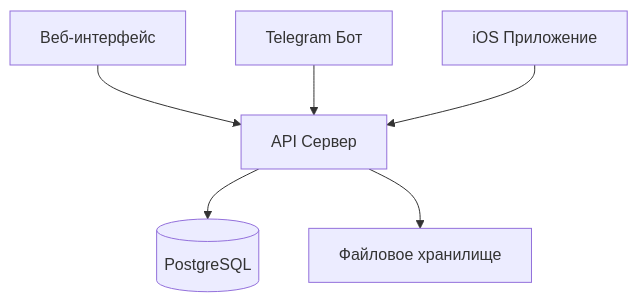
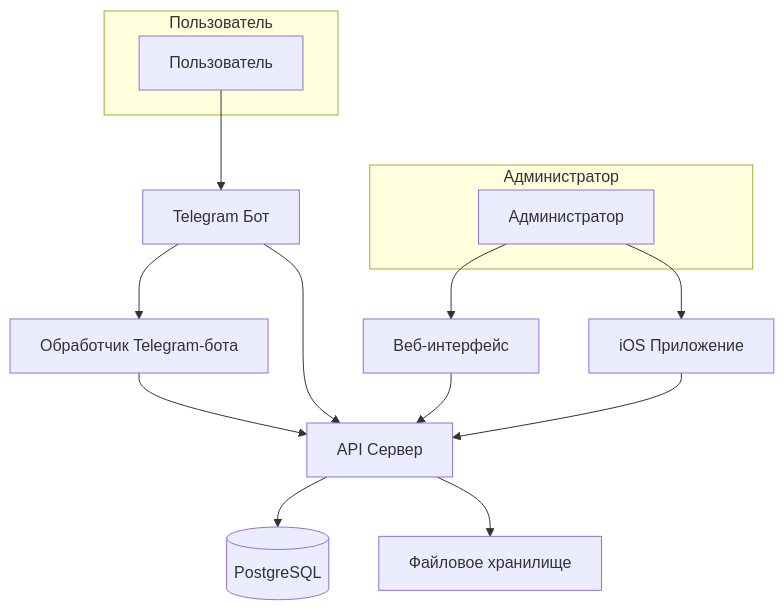
Before and after one commit to mbutakov/SupportSIteFrontFor1d: the diagram in README.md, drawn with Mermaid.

````diff
--- a/README.md
+++ b/README.md
@@ -74,8 +74,24 @@
 ```mermaid
 graph TD
-    A[Веб-интерфейс] --> D[API Сервер]
-    B[Telegram Бот] --> D
-    C[iOS Приложение] --> D
+    subgraph Пользователь
+        U[Пользователь]
+    end
+
+    subgraph Администратор
+        A1[Администратор]
+    end
+
+    U --> B[Telegram Бот]
+    A1 --> A[Веб-интерфейс]
+    A1 --> C[iOS Приложение]
+
+    B --> G[Обработчик Telegram-бота]
+    G --> D[API Сервер]
+    B --> D
+
+    A --> D
+    C --> D
+
     D --> E[(PostgreSQL)]
     D --> F[Файловое хранилище]
 ```
````
